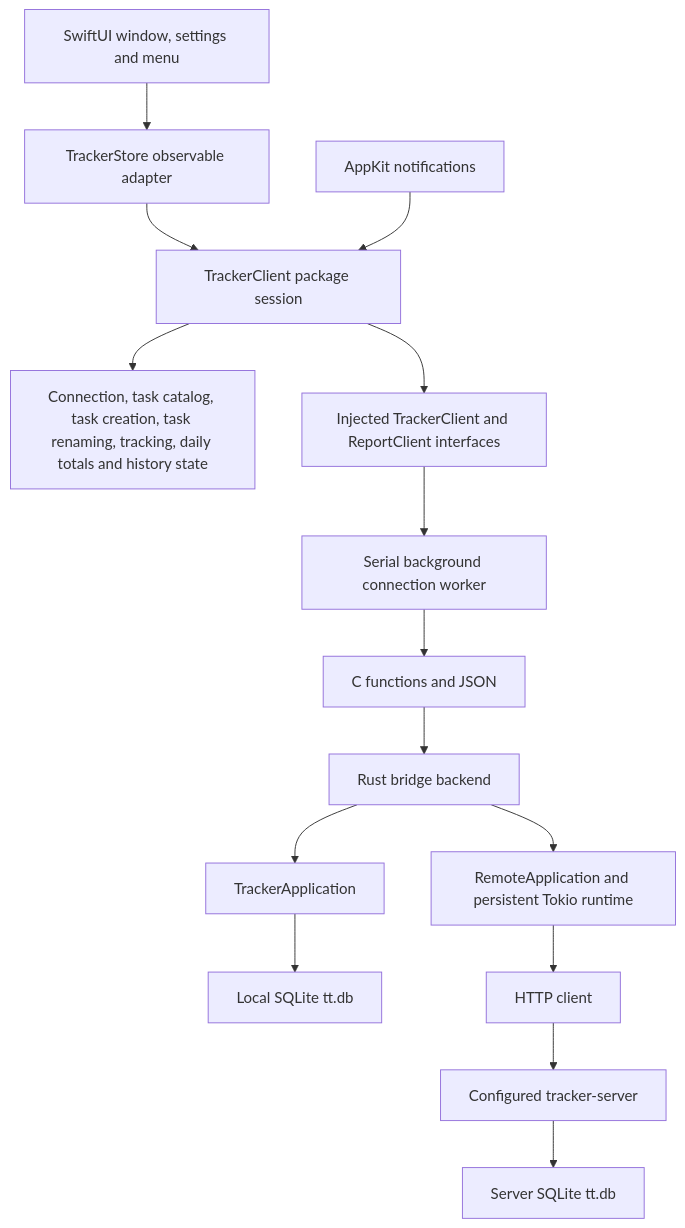
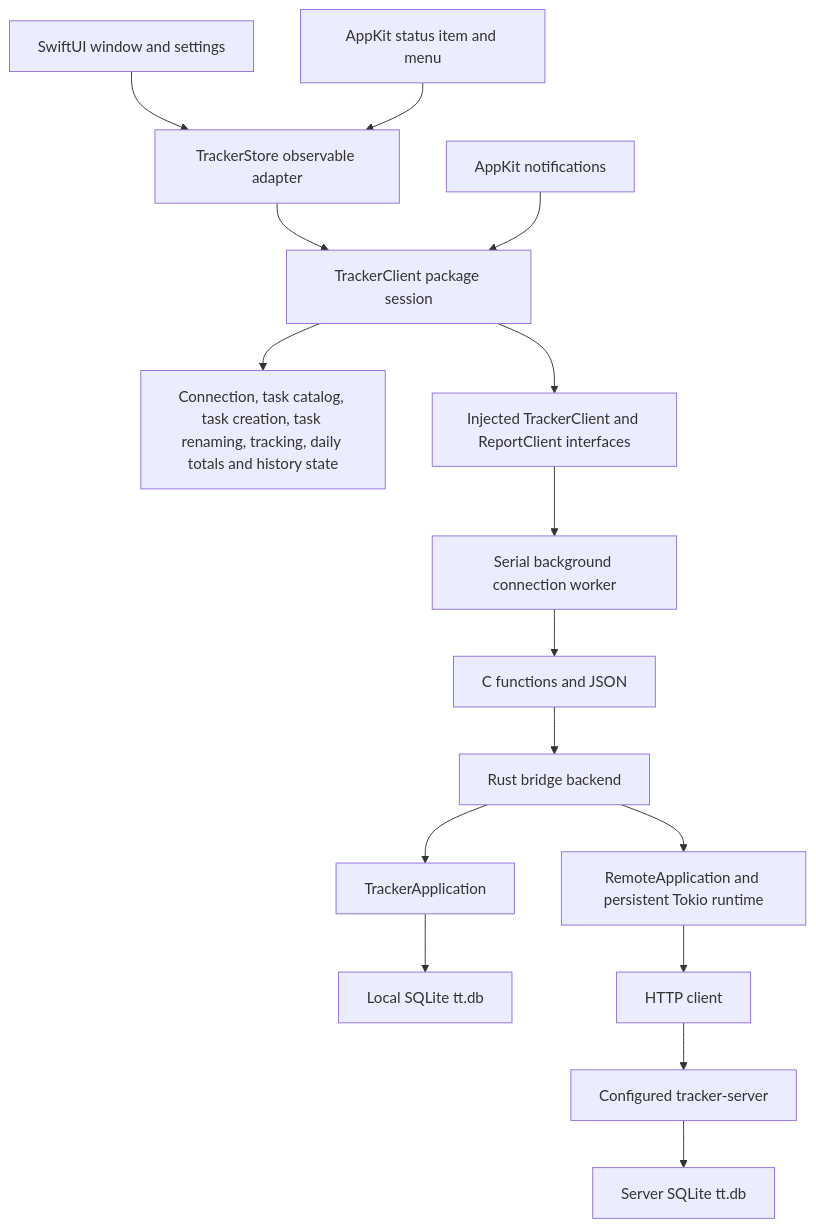
The diagram in apps/swiftui/README.md (remshams/time-tracker), drawn with Mermaid before and after one commit. The commit also changed other lines of this file and 12 other files, not shown here.

Commit message:
revert(MenuBar): restore native AppKit status menu

````diff
--- a/apps/swiftui/README.md
+++ b/apps/swiftui/README.md
@@ -144,17 +144,18 @@
 ```mermaid
 flowchart TD
-    UI[SwiftUI window, settings and menu] --> Store[TrackerStore observable adapter]
+    UI[SwiftUI window and settings] --> Store[TrackerStore observable adapter]
+    Menu[AppKit status item and menu] --> Store
     Store --> Session[TrackerClient package session]
     Session --> Features[Connection, task catalog, task creation, task renaming, tracking, daily totals and history state]
     Lifecycle[AppKit notifications] --> Session
     Session --> Port[Injected TrackerClient and ReportClient interfaces]
     Port --> Worker[Serial background connection worker]
     Worker --> ABI[C functions and JSON]
     ABI --> Backend[Rust bridge backend]
     Backend --> Local[TrackerApplication]
     Local --> DB[Local SQLite tt.db]
     Backend --> Remote[RemoteApplication and persistent Tokio runtime]
     Remote --> HTTP[HTTP client]
     HTTP --> Server[Configured tracker-server]
     Server --> ServerDB[Server SQLite tt.db]
 ```
````
